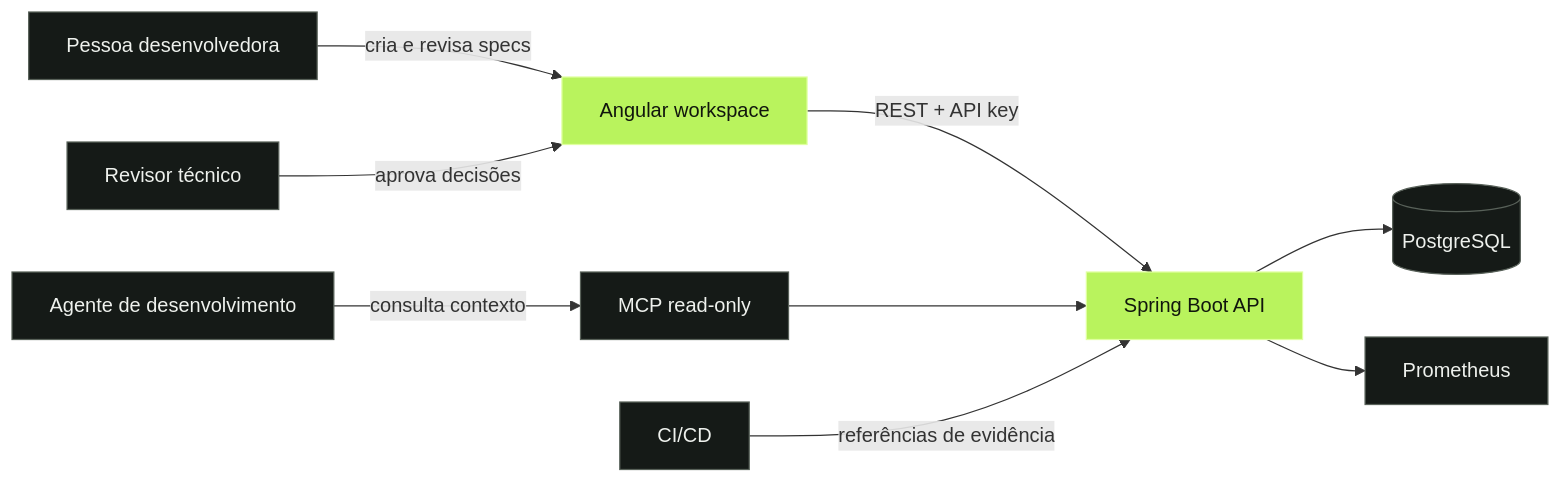
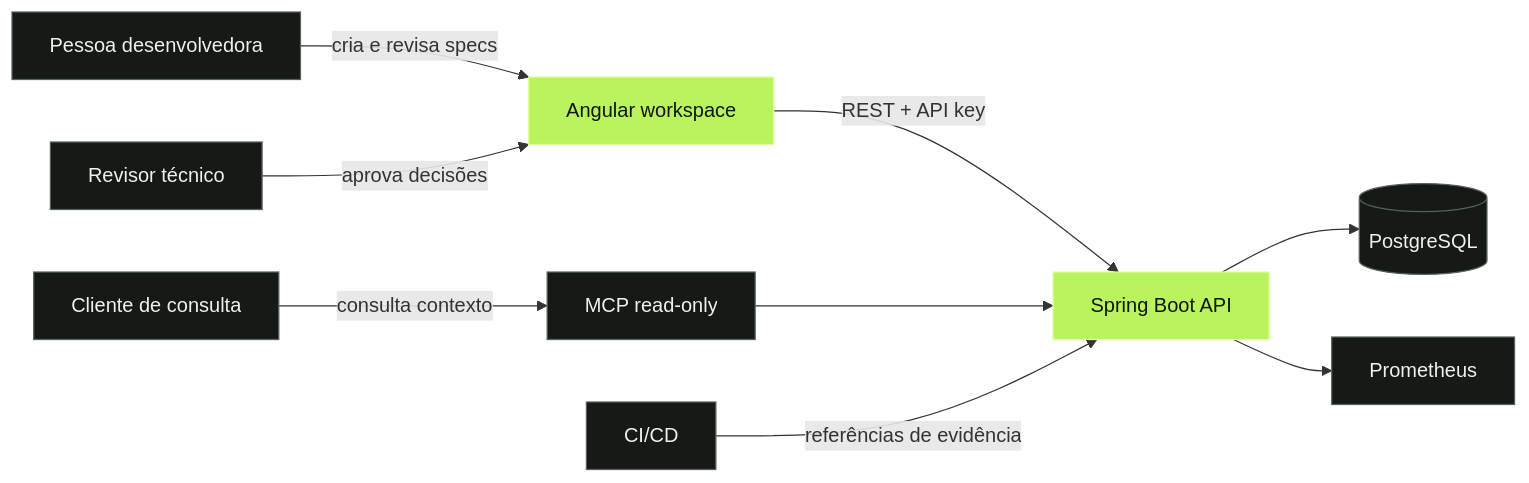
Before and after one commit to pedroigor-dev/projeto-lastro: the diagram in docs/diagrams/system-context.mmd, drawn with Mermaid. The commit also changed 17 other files, not shown here.

```diff
--- a/docs/diagrams/system-context.mmd
+++ b/docs/diagrams/system-context.mmd
@@ -1,14 +1,14 @@
 flowchart LR
     Engineer[Pessoa desenvolvedora] -->|cria e revisa specs| UI[Angular workspace]
     Reviewer[Revisor técnico] -->|aprova decisões| UI
-    Agent[Agente de desenvolvimento] -->|consulta contexto| MCP[MCP read-only]
+    Client[Cliente de consulta] -->|consulta contexto| MCP[MCP read-only]
     UI -->|REST + API key| API[Spring Boot API]
     MCP --> API
     API --> DB[(PostgreSQL)]
     Pipeline[CI/CD] -->|referências de evidência| API
     API --> Metrics[Prometheus]
 
     classDef core fill:#b9f35d,color:#11160d,stroke:#dfff9f;
     classDef edge fill:#151a17,color:#eef1ed,stroke:#586159;
     class API,UI core;
-    class Engineer,Reviewer,Agent,MCP,DB,Pipeline,Metrics edge;
+    class Engineer,Reviewer,Client,MCP,DB,Pipeline,Metrics edge;
```
